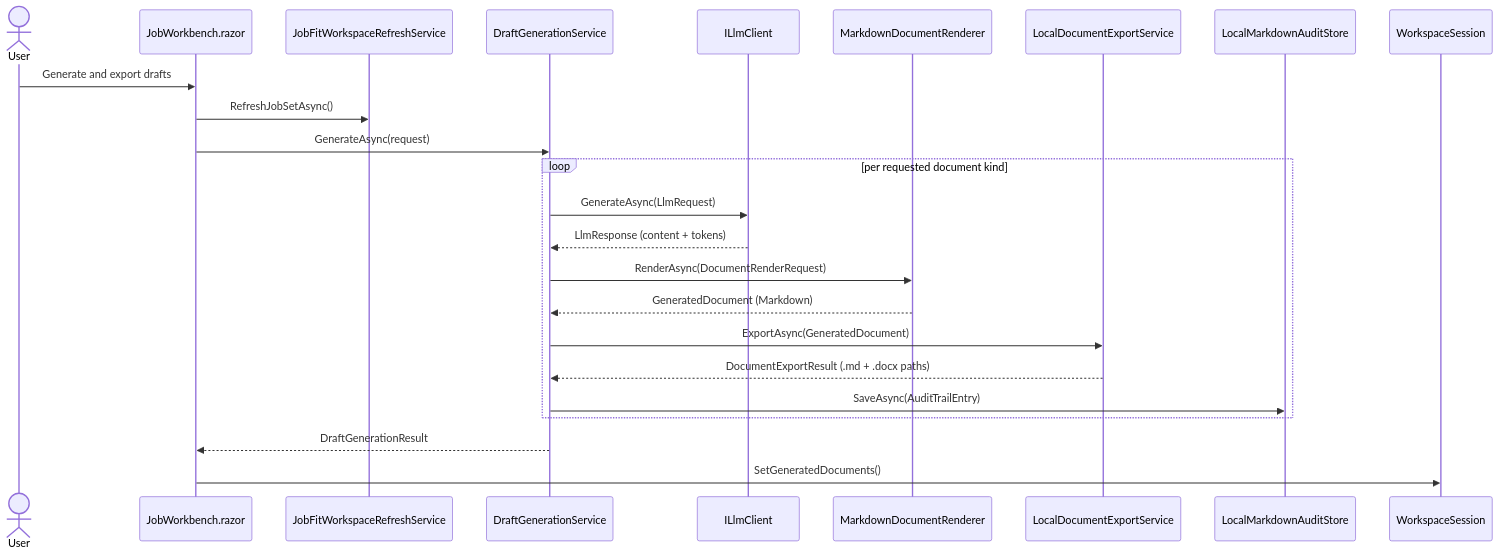
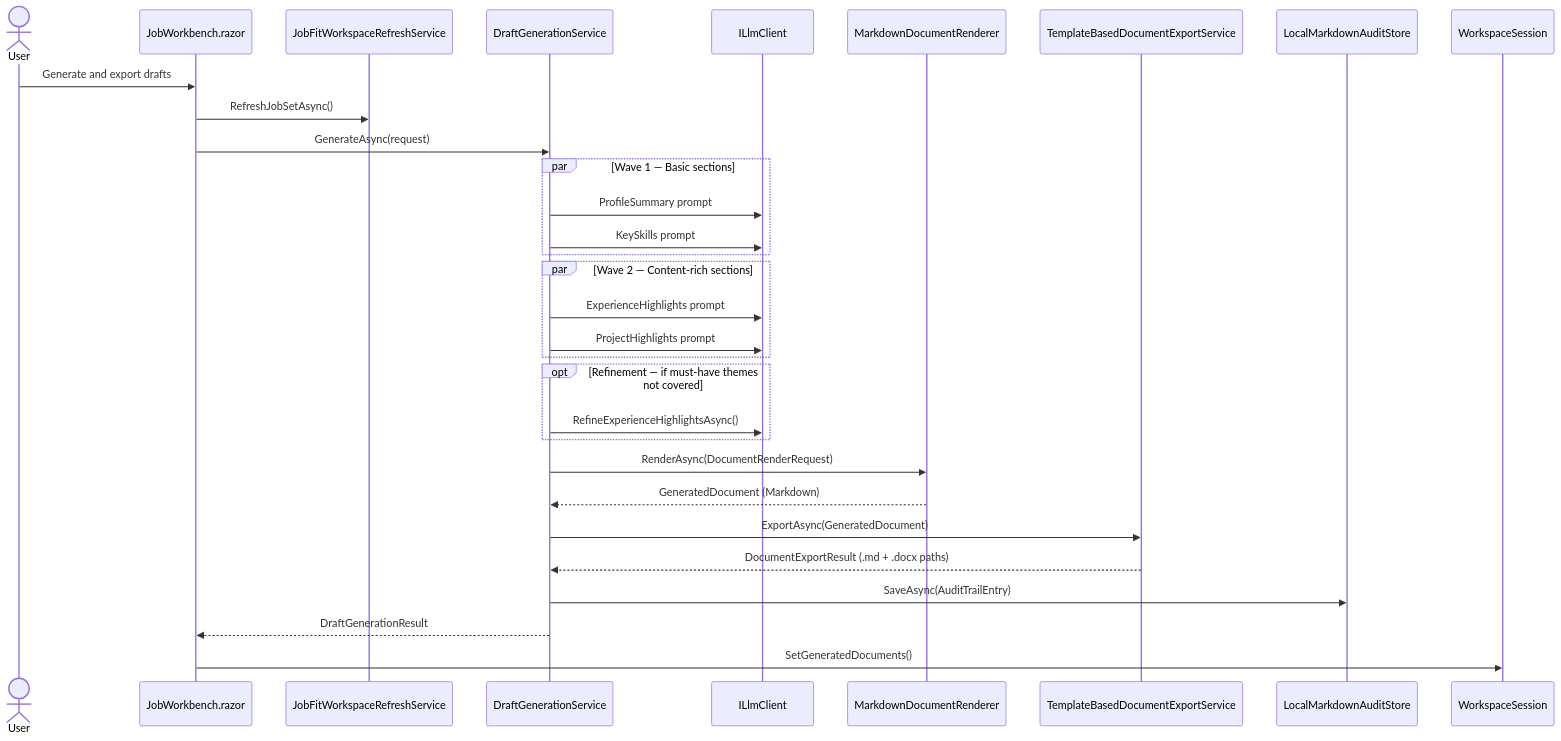
One commit to hennie42/li-jobber changed diagram 14 of 20 in docs/details.md. Above: the diagram before and after it, drawn with Mermaid. The commit also changed other lines of this file and 1 other file, not shown here.

````diff
--- a/docs/details.md
+++ b/docs/details.md
@@ -353,27 +644,34 @@
 ```mermaid
 sequenceDiagram
     actor User
     participant Workbench as JobWorkbench.razor
     participant Refresh as JobFitWorkspaceRefreshService
     participant Generate as DraftGenerationService
     participant Llm as ILlmClient
     participant Render as MarkdownDocumentRenderer
-    participant Export as LocalDocumentExportService
+    participant Export as TemplateBasedDocumentExportService
     participant Audit as LocalMarkdownAuditStore
     participant Workspace as WorkspaceSession
 
     User->>Workbench: Generate and export drafts
     Workbench->>Refresh: RefreshJobSetAsync()
     Workbench->>Generate: GenerateAsync(request)
-    loop per requested document kind
-        Generate->>Llm: GenerateAsync(LlmRequest)
-        Llm-->>Generate: LlmResponse (content + tokens)
-        Generate->>Render: RenderAsync(DocumentRenderRequest)
-        Render-->>Generate: GeneratedDocument (Markdown)
-        Generate->>Export: ExportAsync(GeneratedDocument)
-        Export-->>Generate: DocumentExportResult (.md + .docx paths)
-        Generate->>Audit: SaveAsync(AuditTrailEntry)
+    par Wave 1 — Basic sections
+        Generate->>Llm: ProfileSummary prompt
+        Generate->>Llm: KeySkills prompt
     end
+    par Wave 2 — Content-rich sections
+        Generate->>Llm: ExperienceHighlights prompt
+        Generate->>Llm: ProjectHighlights prompt
+    end
+    opt Refinement — if must-have themes not covered
+        Generate->>Llm: RefineExperienceHighlightsAsync()
+    end
+    Generate->>Render: RenderAsync(DocumentRenderRequest)
+    Render-->>Generate: GeneratedDocument (Markdown)
+    Generate->>Export: ExportAsync(GeneratedDocument)
+    Export-->>Generate: DocumentExportResult (.md + .docx paths)
+    Generate->>Audit: SaveAsync(AuditTrailEntry)
     Generate-->>Workbench: DraftGenerationResult
     Workbench->>Workspace: SetGeneratedDocuments()
 ```
````
